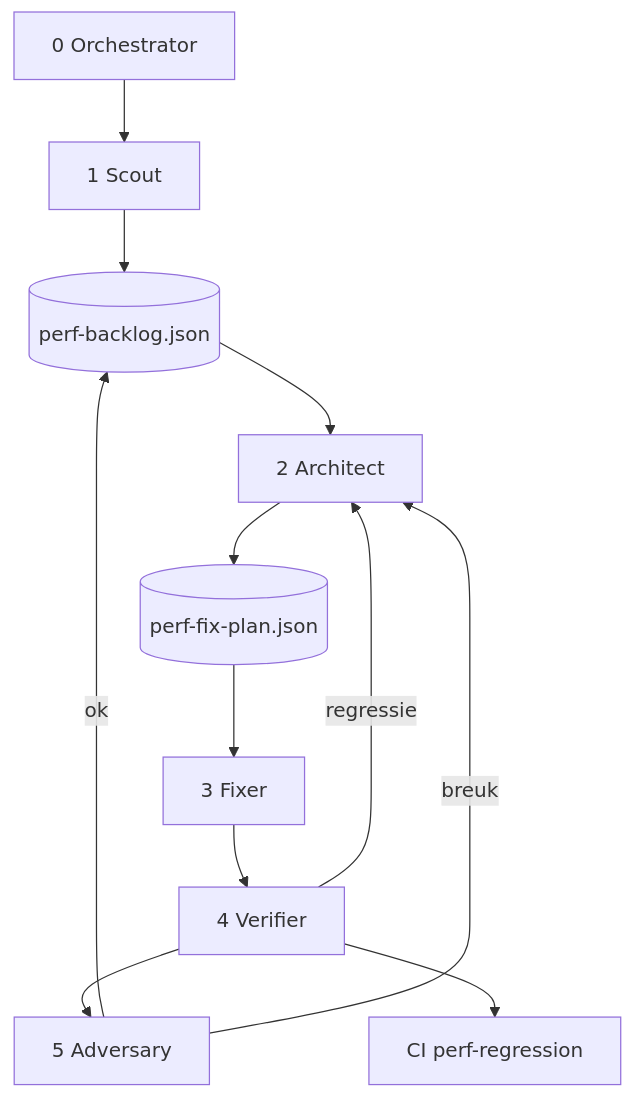
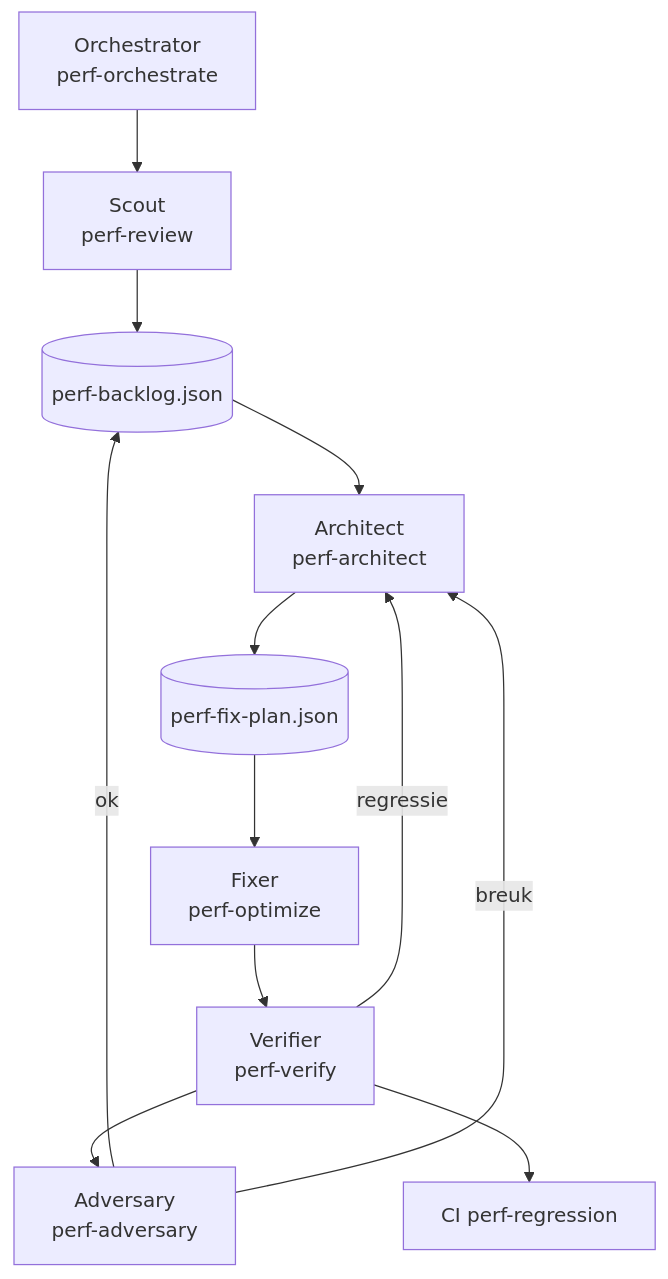
Before and after one commit to reyniervanbommel-commits/vanbommel-app-template: the diagram in .cursor/plans/2026-07-20-autonome-perf-agent-pipeline.plan.md, drawn with Mermaid. The commit also changed other lines of this file and 16 other files, not shown here.

````diff
--- a/.cursor/plans/2026-07-20-autonome-perf-agent-pipeline.plan.md
+++ b/.cursor/plans/2026-07-20-autonome-perf-agent-pipeline.plan.md
@@ -106,14 +122,14 @@
 ```mermaid
 flowchart TB
-  O[0 Orchestrator] --> S[1 Scout]
+  O[Orchestrator\nperf-orchestrate] --> S[Scout\nperf-review]
   S --> B[(perf-backlog.json)]
-  B --> A[2 Architect]
+  B --> A[Architect\nperf-architect]
   A --> P[(perf-fix-plan.json)]
-  P --> F[3 Fixer]
-  F --> V[4 Verifier]
-  V --> ADV[5 Adversary]
+  P --> F[Fixer\nperf-optimize]
+  F --> V[Verifier\nperf-verify]
+  V --> ADV[Adversary\nperf-adversary]
   ADV -->|ok| B
   V -->|regressie| A
   ADV -->|breuk| A
   V --> CI[CI perf-regression]
 ```
````
